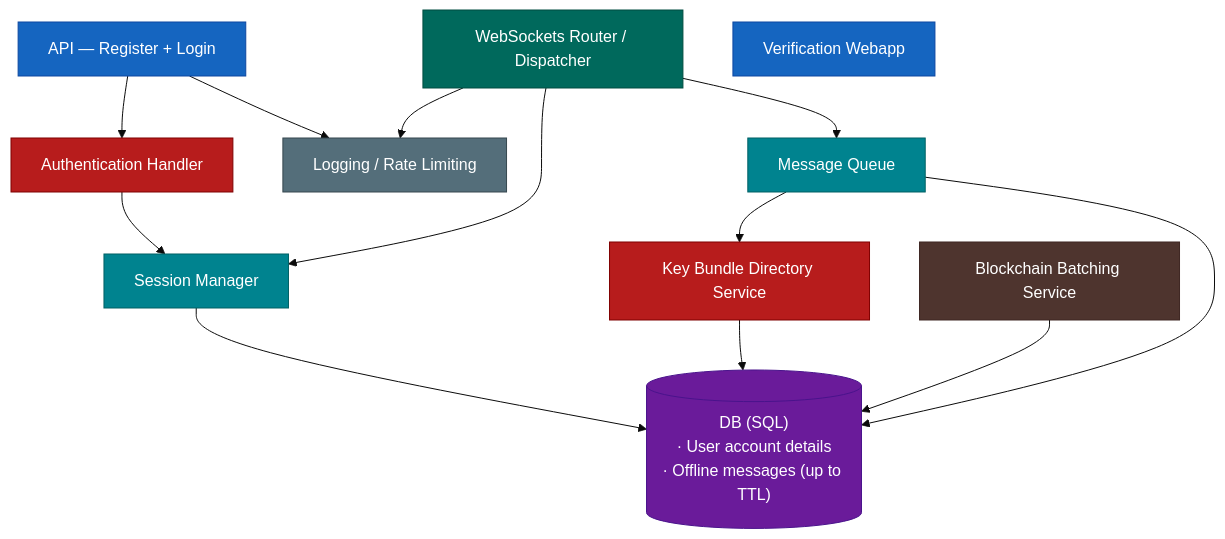
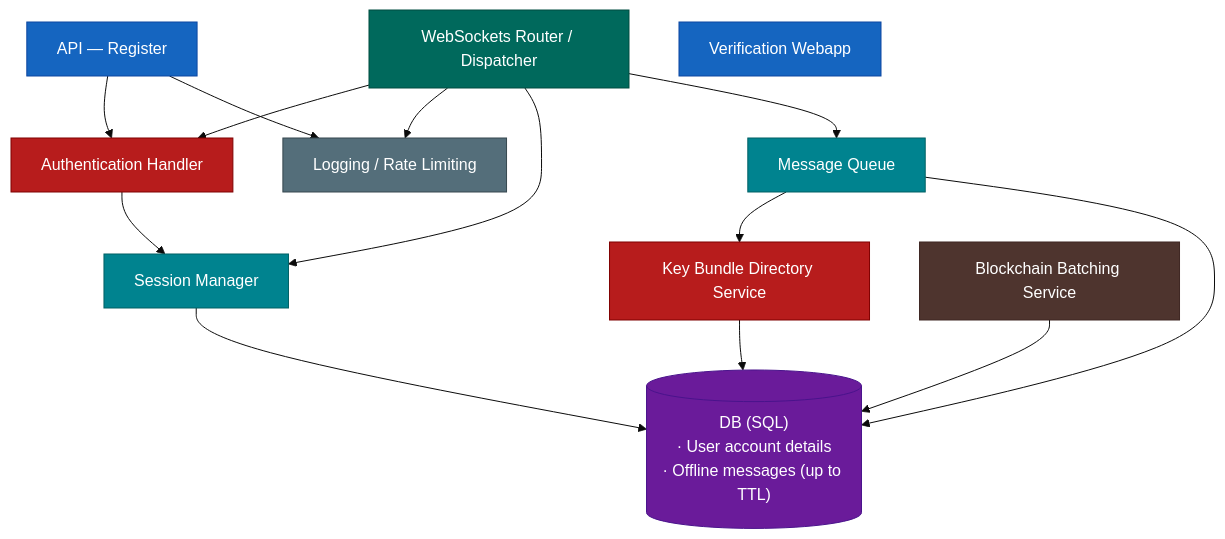
Before and after one commit to meltedelement/EPIC-1bit2qbit: the third of 3 diagrams in docs/architecture.md, drawn with Mermaid (base theme). The commit also changed other lines of this file and 1 other file, not shown here.

Commit message:
Docs: Update architecture and server flows for WS-auth session model
Login is no longer a separate HTTP endpoint. The WebSocket connection is
the session — auth happens as the first message after the client opens WSS.
Updated Register flow (no token returned), replaced Login flow with
WS Connect & Authenticate, and corrected the API node label and AUTHN
edges in the architecture diagrams.

````diff
--- a/docs/architecture.md
+++ b/docs/architecture.md
@@ -80,33 +80,34 @@
 ```mermaid
 flowchart TB
     classDef entry      fill:#1565C0,stroke:#0D47A1,color:#fff
     classDef transport  fill:#00695C,stroke:#004D40,color:#fff
     classDef messaging  fill:#00838F,stroke:#006064,color:#fff
     classDef security   fill:#B71C1C,stroke:#7F0000,color:#fff
     classDef blockchain fill:#4E342E,stroke:#3E2723,color:#fff
     classDef infra      fill:#546E7A,stroke:#37474F,color:#fff
     classDef storage    fill:#6A1B9A,stroke:#4A148C,color:#fff
 
-    API["API — Register + Login"]:::entry
+    API["API — Register"]:::entry
     WS["WebSockets Router / Dispatcher"]:::transport
     AUTHN["Authentication Handler"]:::security
     SESSION["Session Manager"]:::messaging
     MQ["Message Queue"]:::messaging
     KBD["Key Bundle Directory Service"]:::security
     BC["Blockchain Batching Service"]:::blockchain
     LOG["Logging / Rate Limiting"]:::infra
     WEBAPP["Verification Webapp"]:::entry
     DBS[("DB (SQL)\n· User account details\n· Offline messages (up to TTL)")]:::storage
 
     API --> AUTHN
     API --> LOG
+    WS --> AUTHN
     WS --> LOG
     AUTHN --> SESSION
     WS --> SESSION
     WS --> MQ
     MQ --> KBD
     MQ --> DBS
     SESSION --> DBS
     KBD --> DBS
     BC --> DBS
 ```
````
